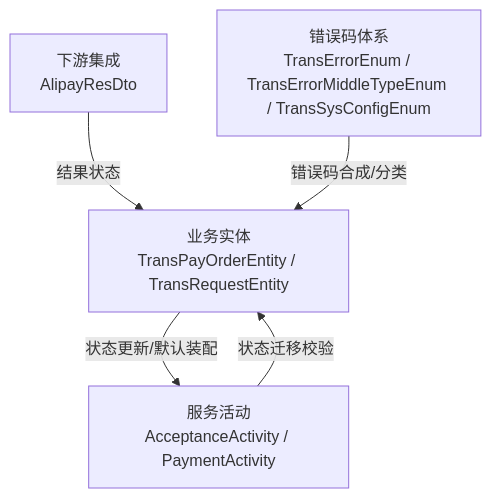
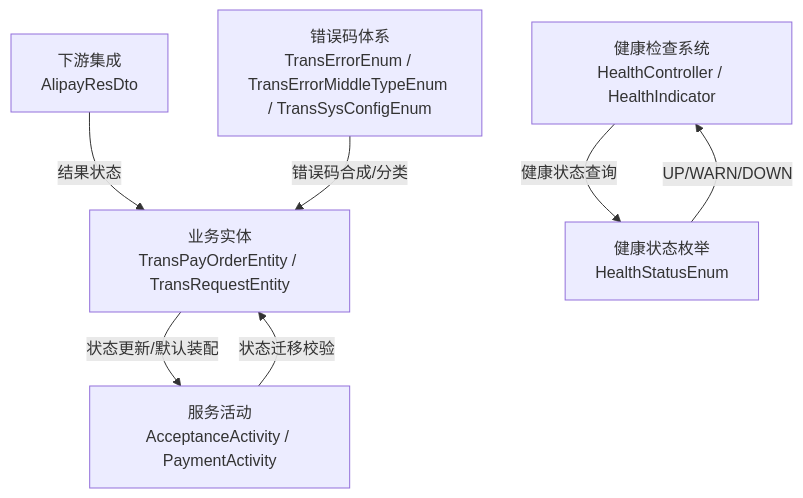
The second of 4 diagrams in .qoder/repowiki/zh/content/项目概述/项目结构/通用工具类层/枚举类型.md (magicliang/domain-driven-transaction-sys), drawn with Mermaid before and after one commit. The commit also changed other lines of this file and 7 other files, not shown here.

````diff
--- a/.qoder/repowiki/zh/content/项目概述/项目结构/通用工具类层/枚举类型.md
+++ b/.qoder/repowiki/zh/content/项目概述/项目结构/通用工具类层/枚举类型.md
@@ -222,11 +230,15 @@
 ```mermaid
 graph TB
 U["业务实体<br/>TransPayOrderEntity / TransRequestEntity"]
 S["服务活动<br/>AcceptanceActivity / PaymentActivity"]
 I["下游集成<br/>AlipayResDto"]
 E["错误码体系<br/>TransErrorEnum / TransErrorMiddleTypeEnum / TransSysConfigEnum"]
+H["健康检查系统<br/>HealthController / HealthIndicator"]
+N["健康状态枚举<br/>HealthStatusEnum"]
 U --> |"状态更新/默认装配"| S
 S --> |"状态迁移校验"| U
 I --> |"结果状态"| U
 E --> |"错误码合成/分类"| U
+H --> |"健康状态查询"| N
+N --> |"UP/WARN/DOWN"| H
 ```
````
